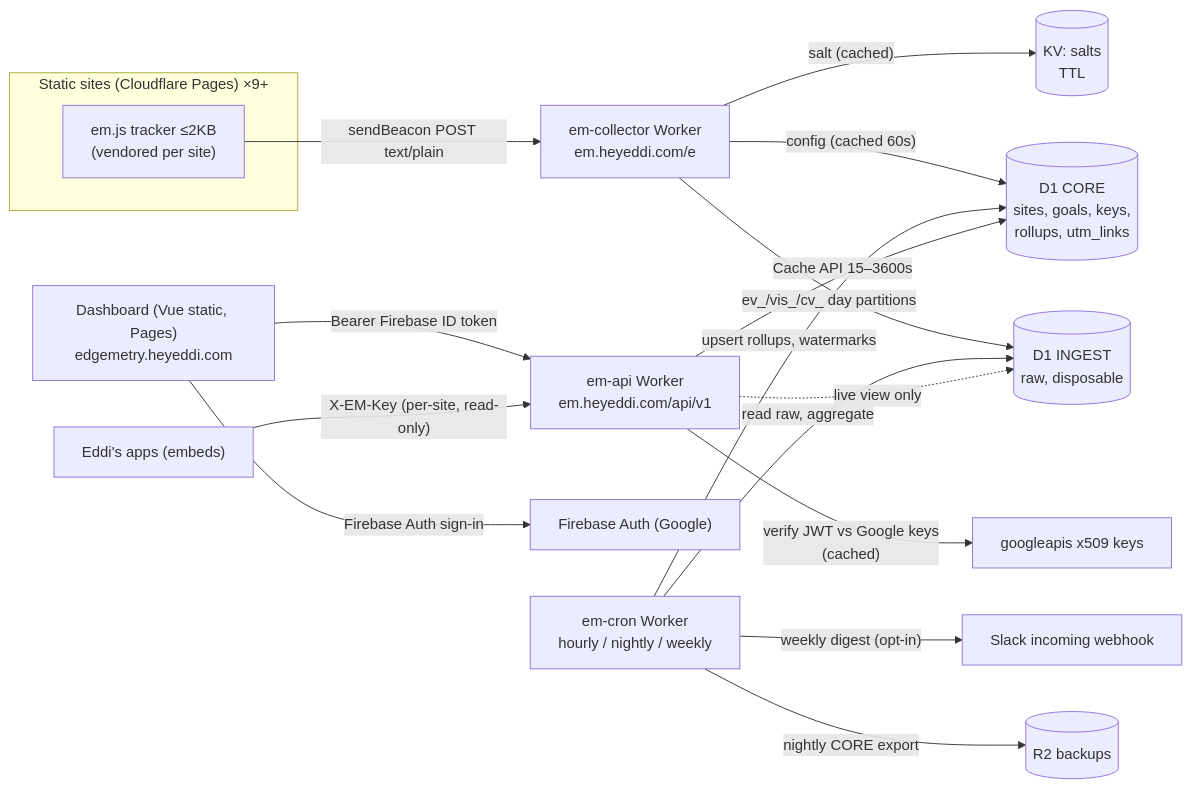
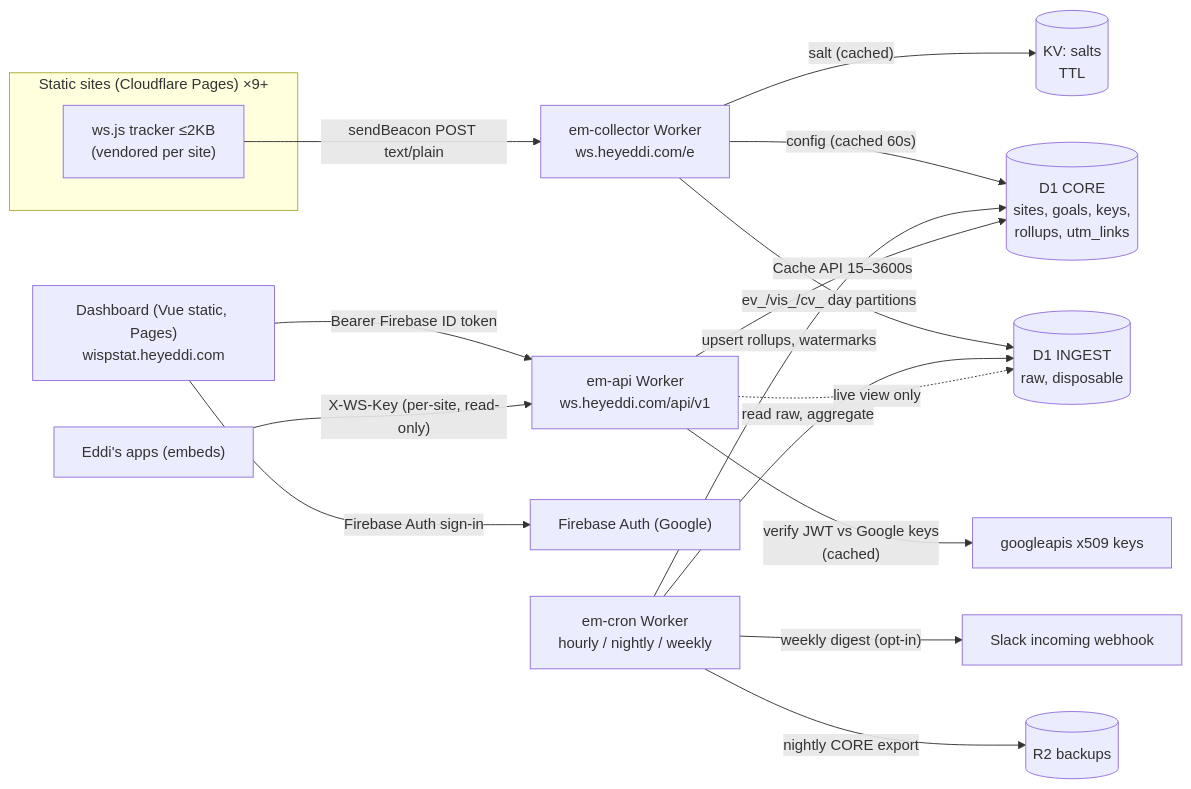
The diagram in uploads/heyeddi-edgemetry-spec_d7eb.md (HeyEddi-com/heyeddi-wispstat), drawn with Mermaid before and after one commit. The commit also changed other lines of this file and 21 other files, not shown here.

````diff
--- a/uploads/heyeddi-edgemetry-spec_d7eb.md
+++ b/uploads/heyeddi-edgemetry-spec_d7eb.md
@@ -71,20 +71,20 @@
 ```mermaid
 flowchart LR
   subgraph Sites["Static sites (Cloudflare Pages) ×9+"]
-    T["em.js tracker ≤2KB<br/>(vendored per site)"]
+    T["ws.js tracker ≤2KB<br/>(vendored per site)"]
   end
-  T -- "sendBeacon POST text/plain" --> C["em-collector Worker<br/>em.heyeddi.com/e"]
+  T -- "sendBeacon POST text/plain" --> C["em-collector Worker<br/>ws.heyeddi.com/e"]
   C -- "salt (cached)" --> KV[("KV: salts<br/>TTL")]
   C -- "config (cached 60s)" --> CORE[("D1 CORE<br/>sites, goals, keys,<br/>rollups, utm_links")]
   C -- "ev_/vis_/cv_ day partitions" --> ING[("D1 INGEST<br/>raw, disposable")]
   CRON["em-cron Worker<br/>hourly / nightly / weekly"] -- "read raw, aggregate" --> ING
   CRON -- "upsert rollups, watermarks" --> CORE
   CRON -- "weekly digest (opt-in)" --> SL["Slack incoming webhook"]
   CRON -- "nightly CORE export" --> R2[("R2 backups")]
-  D["Dashboard (Vue static, Pages)<br/>edgemetry.heyeddi.com"] -- "Firebase Auth sign-in" --> FA["Firebase Auth (Google)"]
-  D -- "Bearer Firebase ID token" --> A["em-api Worker<br/>em.heyeddi.com/api/v1"]
-  E["Eddi's apps (embeds)"] -- "X-EM-Key (per-site, read-only)" --> A
+  D["Dashboard (Vue static, Pages)<br/>wispstat.heyeddi.com"] -- "Firebase Auth sign-in" --> FA["Firebase Auth (Google)"]
+  D -- "Bearer Firebase ID token" --> A["em-api Worker<br/>ws.heyeddi.com/api/v1"]
+  E["Eddi's apps (embeds)"] -- "X-WS-Key (per-site, read-only)" --> A
   A -- "verify JWT vs Google keys<br/>(cached)" --> GK["googleapis x509 keys"]
   A -- "Cache API 15–3600s" --> CORE
   A -. "live view only" .-> ING
 ```
````
